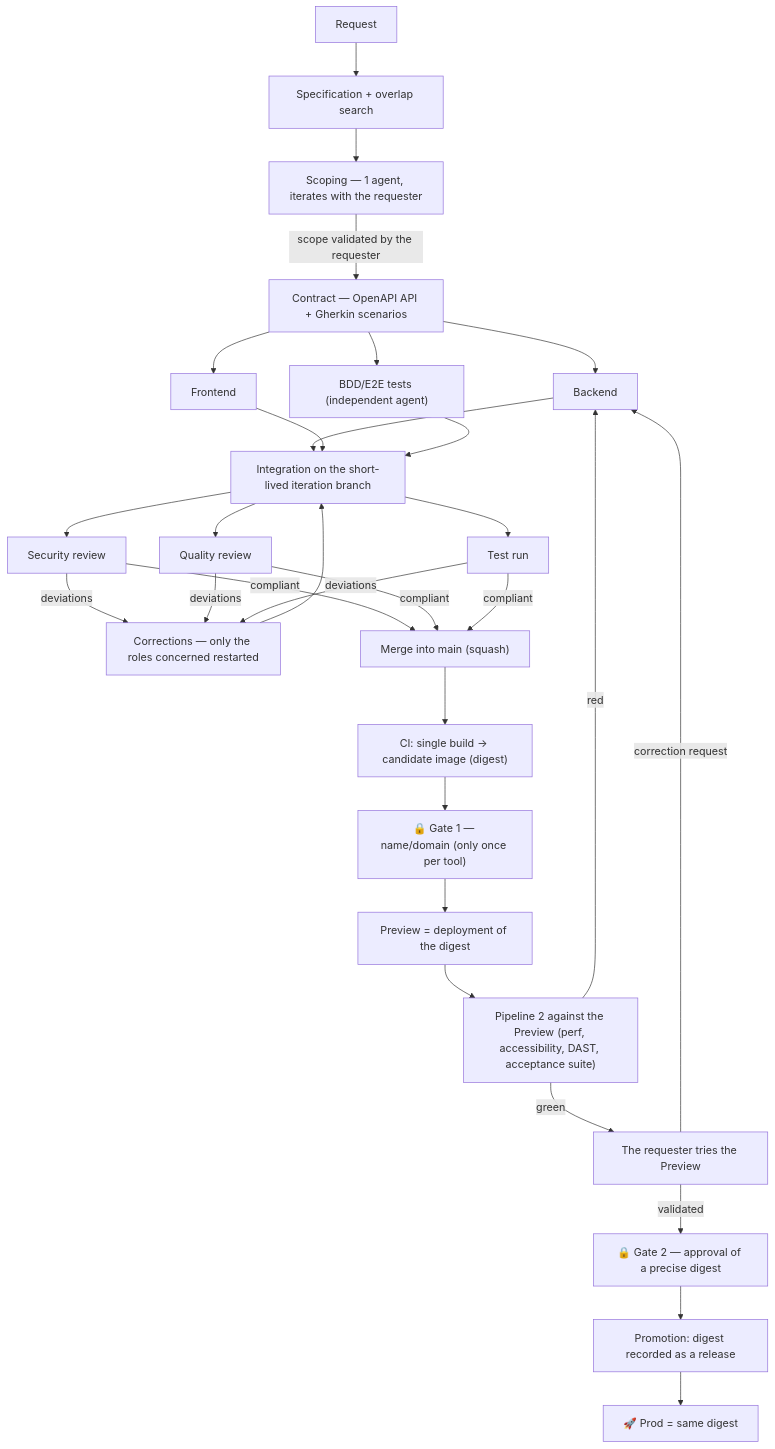
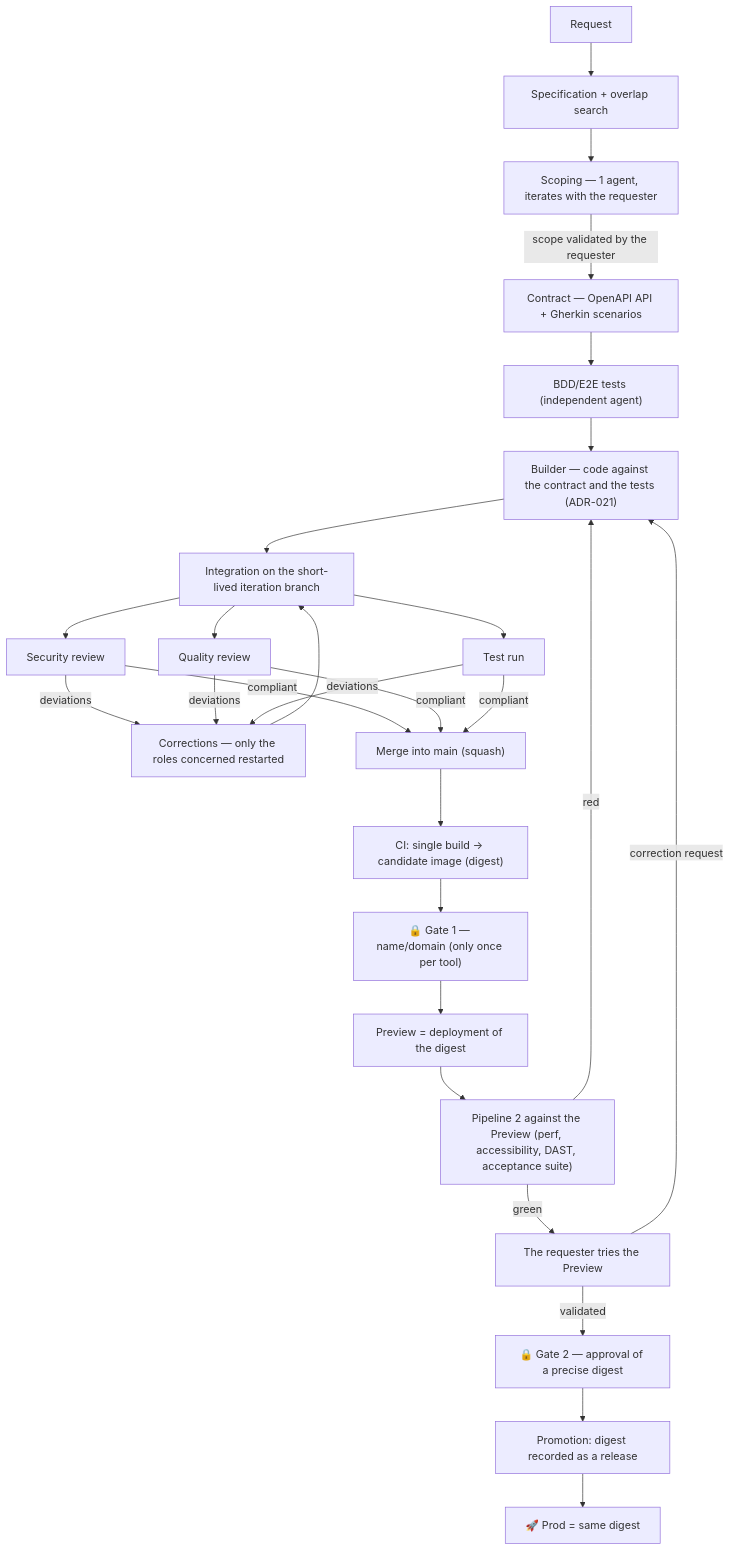
Before and after one commit to EupaDev-hq/eupadev: the diagram in ROADMAP.md, drawn with Mermaid. The commit also changed other lines of this file and 228 other files, not shown here.

````diff
--- a/ROADMAP.md
+++ b/ROADMAP.md
@@ -248,22 +248,23 @@
 ```mermaid
 flowchart TD
     A[Request] --> B[Specification + overlap search]
     B --> C["Scoping — 1 agent, iterates with the requester"]
     C -->|scope validated by the requester| D["Contract — OpenAPI API + Gherkin scenarios"]
-    D --> E1[Backend] & E2[Frontend] & E3["BDD/E2E tests (independent agent)"]
-    E1 & E2 & E3 --> F[Integration on the short-lived iteration branch]
+    D --> E3["BDD/E2E tests (independent agent)"]
+    E3 --> E1["Builder — code against the contract and the tests (ADR-021)"]
+    E1 --> F[Integration on the short-lived iteration branch]
     F --> R1[Security review] & R2[Quality review] & R3[Test run]
     R1 & R2 & R3 -->|deviations| G["Corrections — only the roles concerned restarted"]
     G --> F
     R1 & R2 & R3 -->|compliant| H["Merge into main (squash)"]
     H --> I["CI: single build → candidate image (digest)"]
     I --> J["🔒 Gate 1 — name/domain (only once per tool)"]
     J --> K[Preview = deployment of the digest]
     K --> L["Pipeline 2 against the Preview (perf, accessibility, DAST, acceptance suite)"]
     L -->|red| E1
     L -->|green| K2["The requester tries the Preview"]
     K2 -->|correction request| E1
     K2 -->|validated| M["🔒 Gate 2 — approval of a precise digest"]
     M --> N[Promotion: digest recorded as a release]
     N --> O["🚀 Prod = same digest"]
 ```
````
